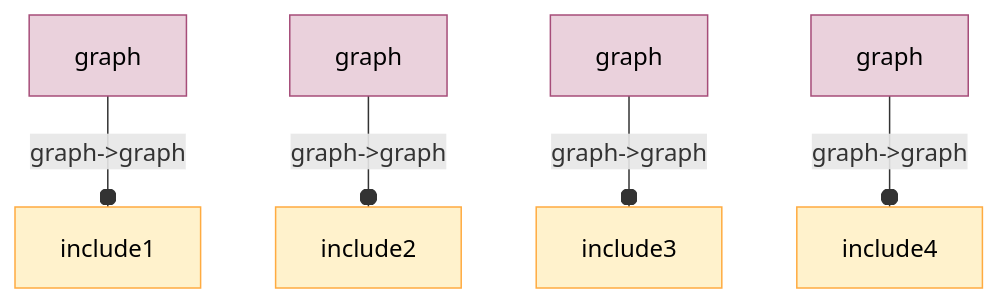
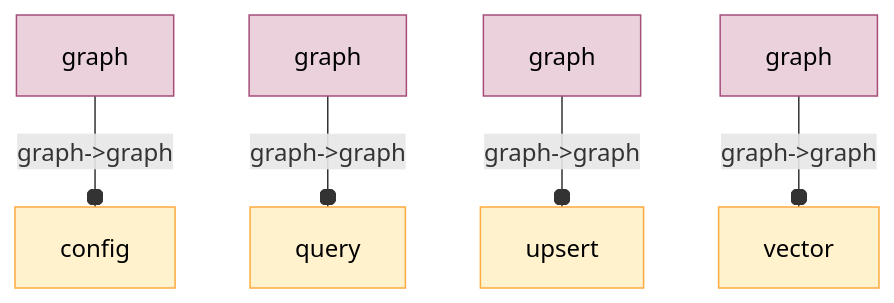
One commit to breadboard-ai/breadboard changed the diagram in seeds/pinecone-kit/docs/graphs/kit.md. Above: the diagram before and after it, drawn with Mermaid. The commit also changed 5 other files, not shown here.

````diff
--- a/seeds/pinecone-kit/docs/graphs/kit.md
+++ b/seeds/pinecone-kit/docs/graphs/kit.md
@@ -5,16 +5,16 @@
   ```mermaid
   %%{init: 'themeVariables': { 'fontFamily': 'Fira Code, monospace' }}%%
 graph TD;
-graphinclude1[graph]:::config -- "graph->graph" --o include1
-graphinclude2[graph]:::config -- "graph->graph" --o include2
-graphinclude3[graph]:::config -- "graph->graph" --o include3
-graphinclude4[graph]:::config -- "graph->graph" --o include4
+graphconfig[graph]:::config -- "graph->graph" --o config
+graphquery[graph]:::config -- "graph->graph" --o query
+graphupsert[graph]:::config -- "graph->graph" --o upsert
+graphvector[graph]:::config -- "graph->graph" --o vector
 classDef default stroke:#ffab40,fill:#fff2ccff,color:#000
 classDef input stroke:#3c78d8,fill:#c9daf8ff,color:#000
 classDef output stroke:#38761d,fill:#b6d7a8ff,color:#000
 classDef passthrough stroke:#a64d79,fill:#ead1dcff,color:#000
 classDef slot stroke:#a64d79,fill:#ead1dcff,color:#000
 classDef config stroke:#a64d79,fill:#ead1dcff,color:#000
 classDef secrets stroke:#db4437,fill:#f4cccc,color:#000
 classDef slotted stroke:#a64d79
   ```
````
